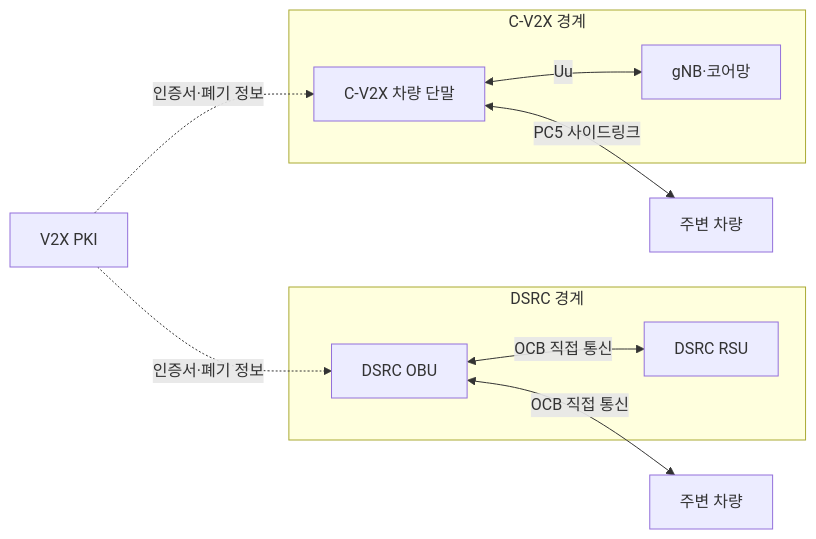
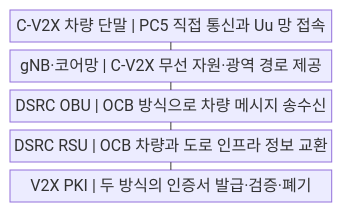
Before and after one commit to agnusdei1207/knowledge-base: the first of 2 diagrams in src/content/docs/notes/04-network/050_c_v2x_dsrc.md, drawn with Mermaid. The commit also changed other lines of this file and 20 other files, not shown here.

````diff
--- a/src/content/docs/notes/04-network/050_c_v2x_dsrc.md
+++ b/src/content/docs/notes/04-network/050_c_v2x_dsrc.md
@@ -57,18 +57,13 @@
 ```mermaid
-flowchart LR
-    subgraph C[C-V2X 경계]
-        CUE[C-V2X 차량 단말]
-        CELL[gNB·코어망]
-        CUE <-->|Uu| CELL
-    end
-    CUE <-->|PC5 사이드링크| CP[주변 차량]
-    subgraph D[DSRC 경계]
-        DOBU[DSRC OBU]
-        DRSU[DSRC RSU]
-        DOBU <-->|OCB 직접 통신| DRSU
-    end
-    DOBU <-->|OCB 직접 통신| DP[주변 차량]
-    PKI[V2X PKI]
-    PKI -.->|인증서·폐기 정보| CUE
-    PKI -.->|인증서·폐기 정보| DOBU
+block
+    columns 1
+    A["C-V2X 차량 단말 | PC5 직접 통신과 Uu 망 접속"]
+    B["gNB·코어망 | C-V2X 무선 자원·광역 경로 제공"]
+    C["DSRC OBU | OCB 방식으로 차량 메시지 송수신"]
+    D["DSRC RSU | OCB 차량과 도로 인프라 정보 교환"]
+    E["V2X PKI | 두 방식의 인증서 발급·검증·폐기"]
+    A --- B
+    B --- C
+    C --- D
+    D --- E
 ```
````
